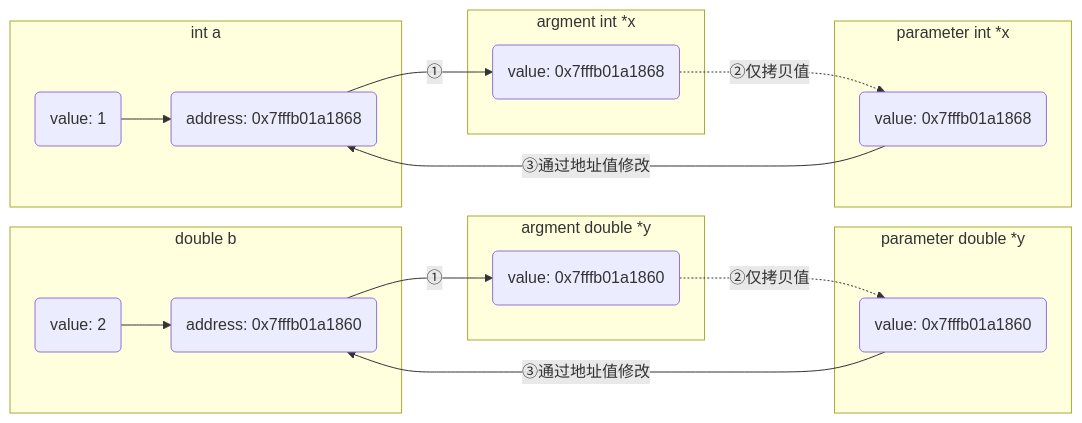
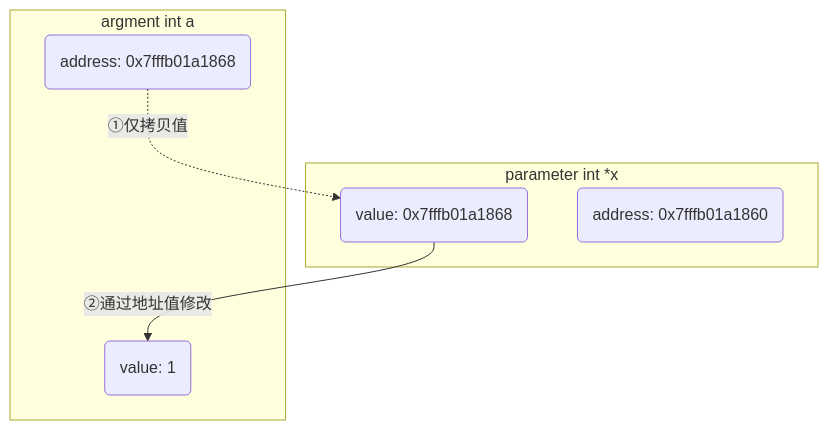
Before and after one commit to dmjcb/dmjcb.github.io: the second of 3 diagrams in _posts/c_c++/2024-12-23-函数.md, drawn with Mermaid. The commit also changed other lines of this file and 6 other files, not shown here.

````diff
--- a/_posts/c_c++/2024-12-23-函数.md
+++ b/_posts/c_c++/2024-12-23-函数.md
@@ -245,30 +214,15 @@
 ```mermaid
-graph LR;
-    subgraph double b
-        V5(value: 2)
-        A5(address: 0x7fffb01a1860)
-    end
-    subgraph int a
-        V4(value: 1)
-        A4(address: 0x7fffb01a1868)
-    end
-    subgraph parameter double *y
-        V3(value: 0x7fffb01a1860)
-    end
+graph TB;
     subgraph parameter int *x
-        V2(value: 0x7fffb01a1868)
-    end
-    subgraph argment double *y
-        V1(value: 0x7fffb01a1860)
-    end
-    subgraph argment int *x
-        V(value: 0x7fffb01a1868)
+        V3(value: 0x7fffb01a1868)
+        V4(address: 0x7fffb01a1860)
     end
 
-    V4-->A4--①-->V
-    V5-->A5--①-->V1
-    V-.②仅拷贝值.->V2
-    V1-.②仅拷贝值.->V3
-    V2--③通过地址值修改-->A4
-    V3--③通过地址值修改-->A5
+    subgraph argment int a
+        V1(value: 1)
+        V2(address: 0x7fffb01a1868)
+    end
+
+    V2-.①仅拷贝值.->V3
+    V3--②通过地址值修改-->V1
 ```
````
